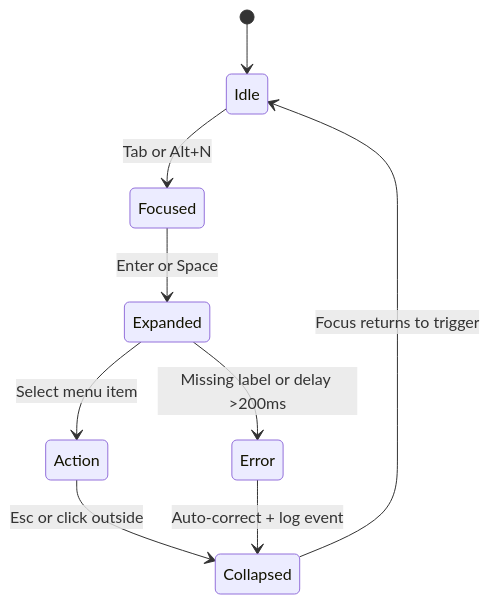
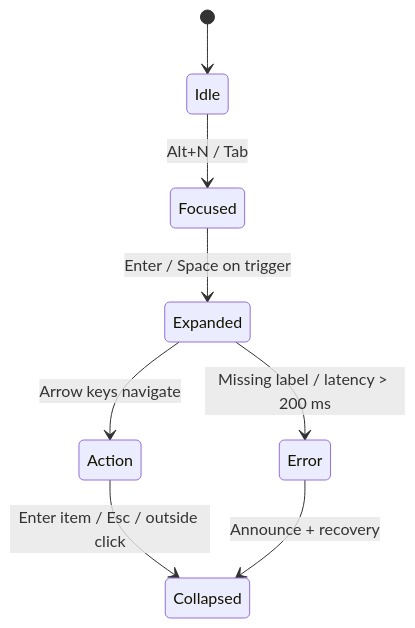
Before and after one commit to bartytime4life/Kansas-Frontier-Matrix: the diagram in docs/design/reviews/ui_components/timeline.md, drawn with Mermaid. The commit also changed other lines of this file, not shown here.

````diff
--- a/docs/design/reviews/ui_components/timeline.md
+++ b/docs/design/reviews/ui_components/timeline.md
@@ -141,11 +149,10 @@
 ```mermaid
 stateDiagram-v2
-    [*] --> Idle
-    Idle --> Focused : Tab or Alt+N
-    Focused --> Expanded : Enter or Space
-    Expanded --> Action : Select menu item
-    Action --> Collapsed : Esc or click outside
-    Collapsed --> Idle : Focus returns to trigger
-    Expanded --> Error : Missing label or delay >200ms
-    Error --> Collapsed : Auto-correct + log event
+  [*] --> Idle
+  Idle --> Focused : Alt+N / Tab
+  Focused --> Expanded : Enter / Space on trigger
+  Expanded --> Action : Arrow keys navigate
+  Action --> Collapsed : Enter item / Esc / outside click
+  Expanded --> Error : Missing label / latency > 200 ms
+  Error --> Collapsed : Announce + recovery
 ```
````
